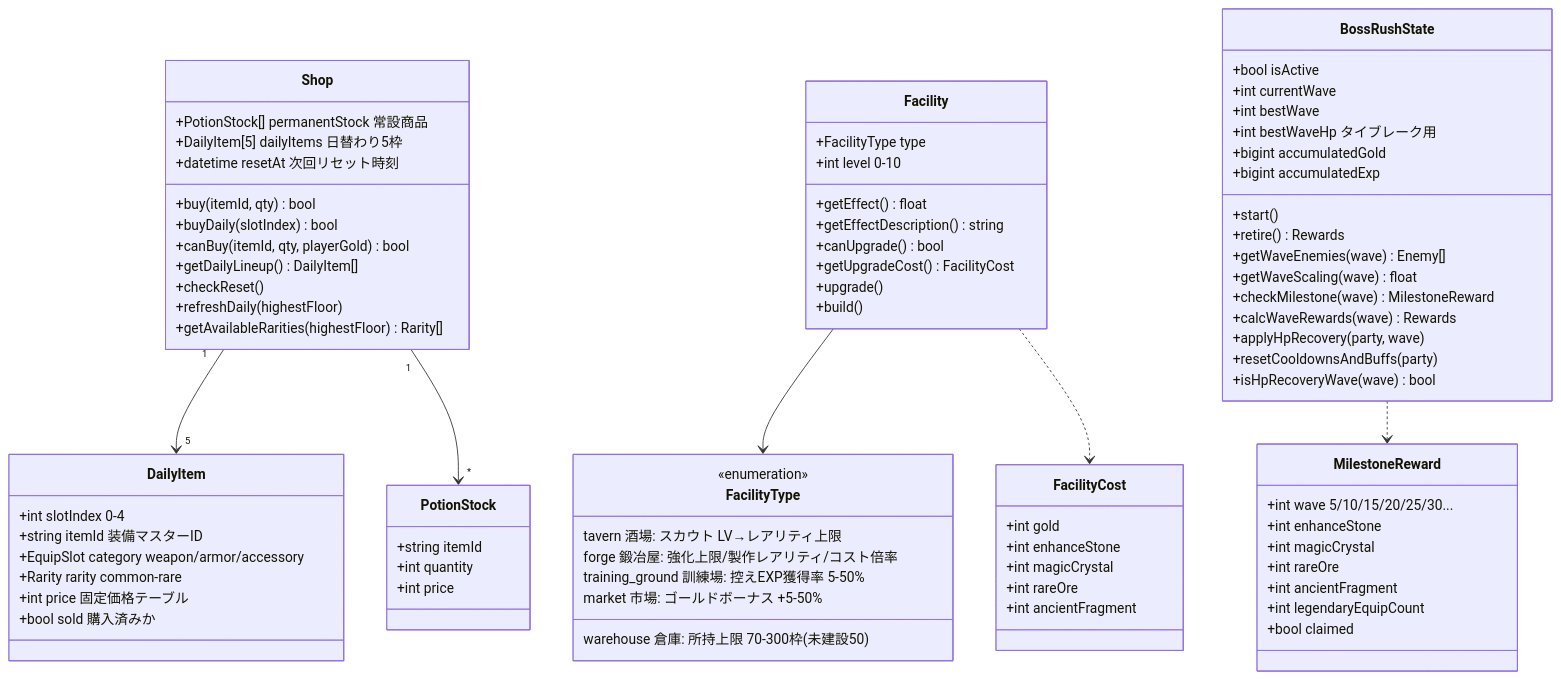
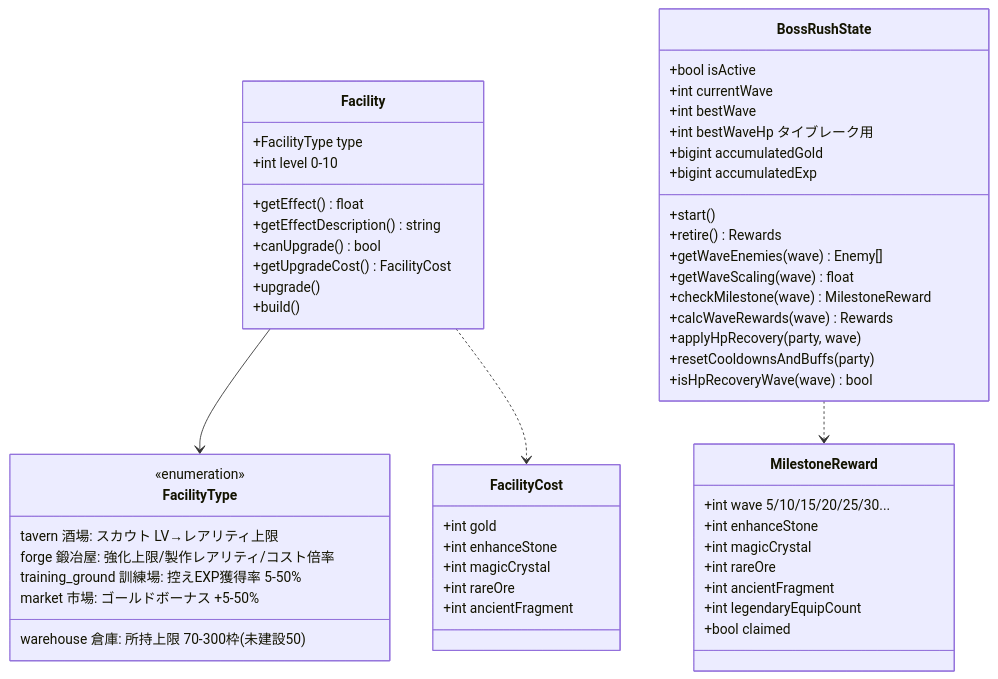
One commit to dateeee/2026_AFKGAME changed the third of 3 diagrams in diagrams/class_diagram/item.md. Above: the diagram before and after it, drawn with Mermaid. The commit also changed other lines of this file and 14 other files, not shown here.

First line of the commit message:
docs: レビュー指摘20件を仕様書・設計図へ反映

```diff
--- a/diagrams/class_diagram/item.md
+++ b/diagrams/class_diagram/item.md
@@ -88,34 +143,6 @@
 %%{init: {'theme': 'default', 'themeVariables': {'fontSize': '16px'}} }%%
 classDiagram
     direction TB
-
-    class Shop {
-        +PotionStock[] permanentStock  常設商品
-        +DailyItem[5] dailyItems  日替わり5枠
-        +datetime resetAt  次回リセット時刻
-        +buy(itemId, qty) bool
-        +buyDaily(slotIndex) bool
-        +canBuy(itemId, qty, playerGold) bool
-        +getDailyLineup() DailyItem[]
-        +checkReset()
-        +refreshDaily(highestFloor)
-        +getAvailableRarities(highestFloor) Rarity[]
-    }
-
-    class DailyItem {
-        +int slotIndex  0-4
-        +string itemId  装備マスターID
-        +EquipSlot category  weapon/armor/accessory
-        +Rarity rarity  common-rare
-        +int price  固定価格テーブル
-        +bool sold  購入済みか
-    }
-
-    class PotionStock {
-        +string itemId
-        +int quantity
-        +int price
-    }
 
     class Facility {
         +FacilityType type
@@ -173,8 +200,6 @@
         +bool claimed
     }
 
-    Shop "1" --> "5" DailyItem
-    Shop "1" --> "*" PotionStock
     Facility --> FacilityType
     Facility ..> FacilityCost
     BossRushState ..> MilestoneReward
```
